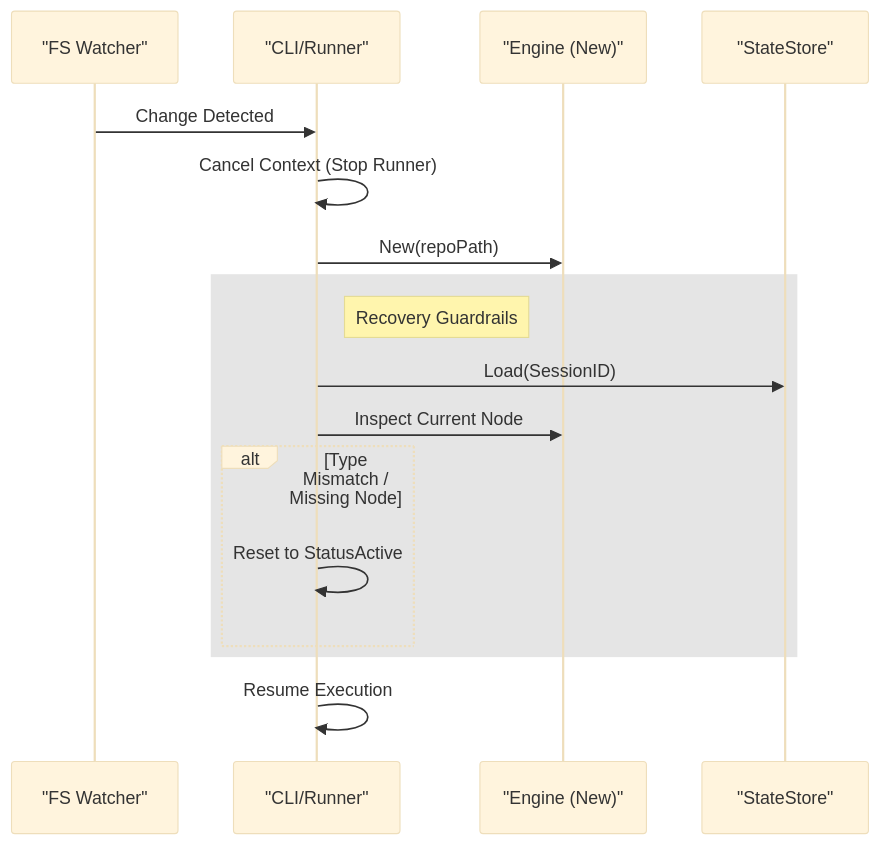
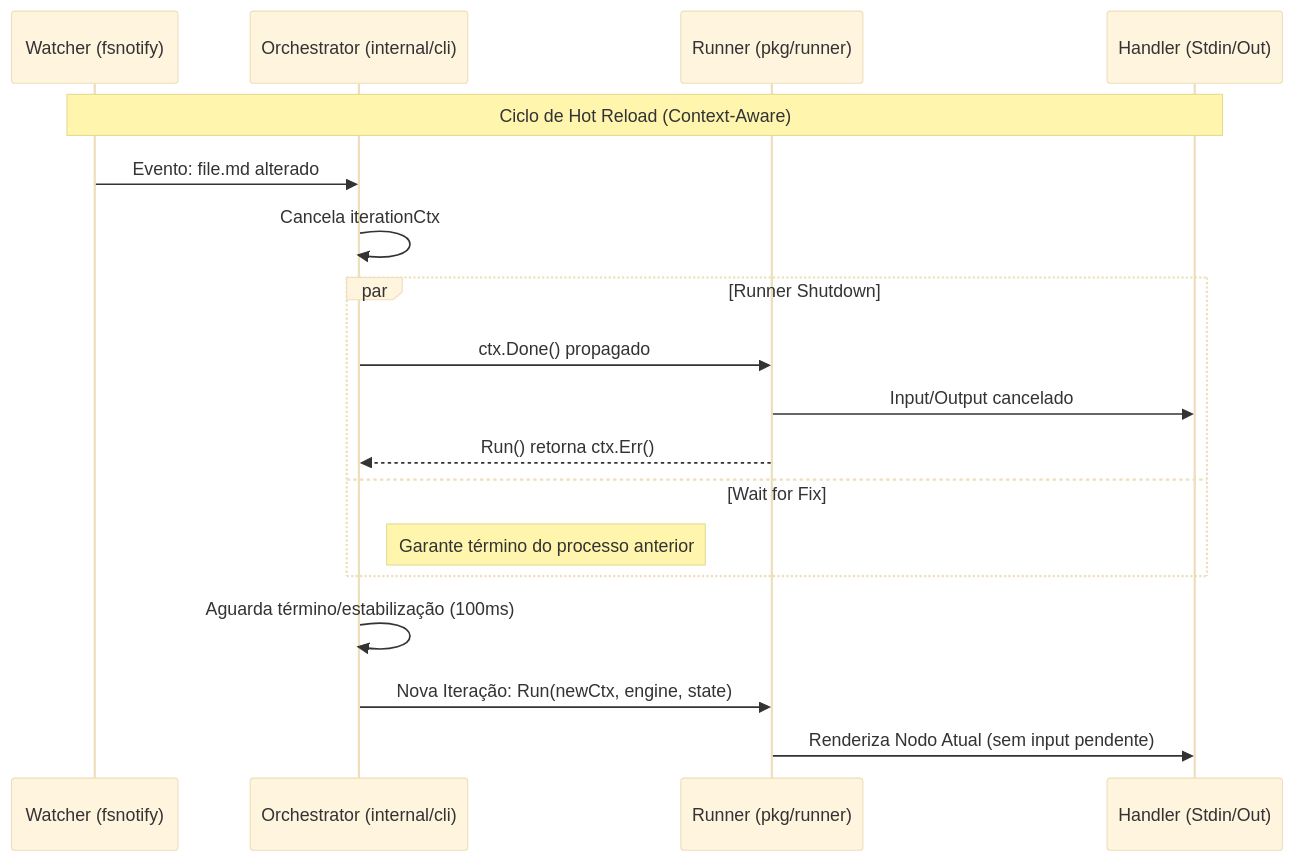
The fourth of 13 diagrams in docs/TECHNICAL.md (aretw0/trellis), drawn with Mermaid (base theme) before and after one commit.

Commit message:
docs(tech): update hot-reload lifecycle diagram

````diff
--- a/docs/TECHNICAL.md
+++ b/docs/TECHNICAL.md
@@ -221,23 +221,21 @@
 ```mermaid
 sequenceDiagram
-    participant Watcher as "FS Watcher"
-    participant CLI as "CLI/Runner"
-    participant Engine as "Engine (New)"
-    participant Store as "StateStore"
+    participant W as Watcher (fsnotify)
+    participant O as Orchestrator (internal/cli)
+    participant R as Runner (pkg/runner)
+    participant H as Handler (Stdin/Out)
 
-    Watcher->>CLI: Change Detected
-    CLI->>CLI: Cancel Context (Stop Runner)
-    
-    CLI->>Engine: New(repoPath)
-    
-    rect rgba(0, 0, 0, 0.1)
-        Note right of CLI: Recovery Guardrails
-        CLI->>Store: Load(SessionID)
-        CLI->>Engine: Inspect Current Node
-        alt Type Mismatch / Missing Node
-            CLI->>CLI: Reset to StatusActive
-        end
+    Note over W, H: Ciclo de Hot Reload (Context-Aware)
+    W->>O: Evento: file.md alterado
+    O->>O: Cancela iterationCtx
+    par Runner Shutdown
+        O->>R: ctx.Done() propagado
+        R->>H: Input/Output cancelado
+        R-->>O: Run() retorna ctx.Err()
+    and Wait for Fix
+        Note right of O: Garante término do processo anterior
     end
-
-    CLI->>CLI: Resume Execution
+    O->>O: Aguarda término/estabilização (100ms)
+    O->>R: Nova Iteração: Run(newCtx, engine, state)
+    R->>H: Renderiza Nodo Atual (sem input pendente)
 ```
````
